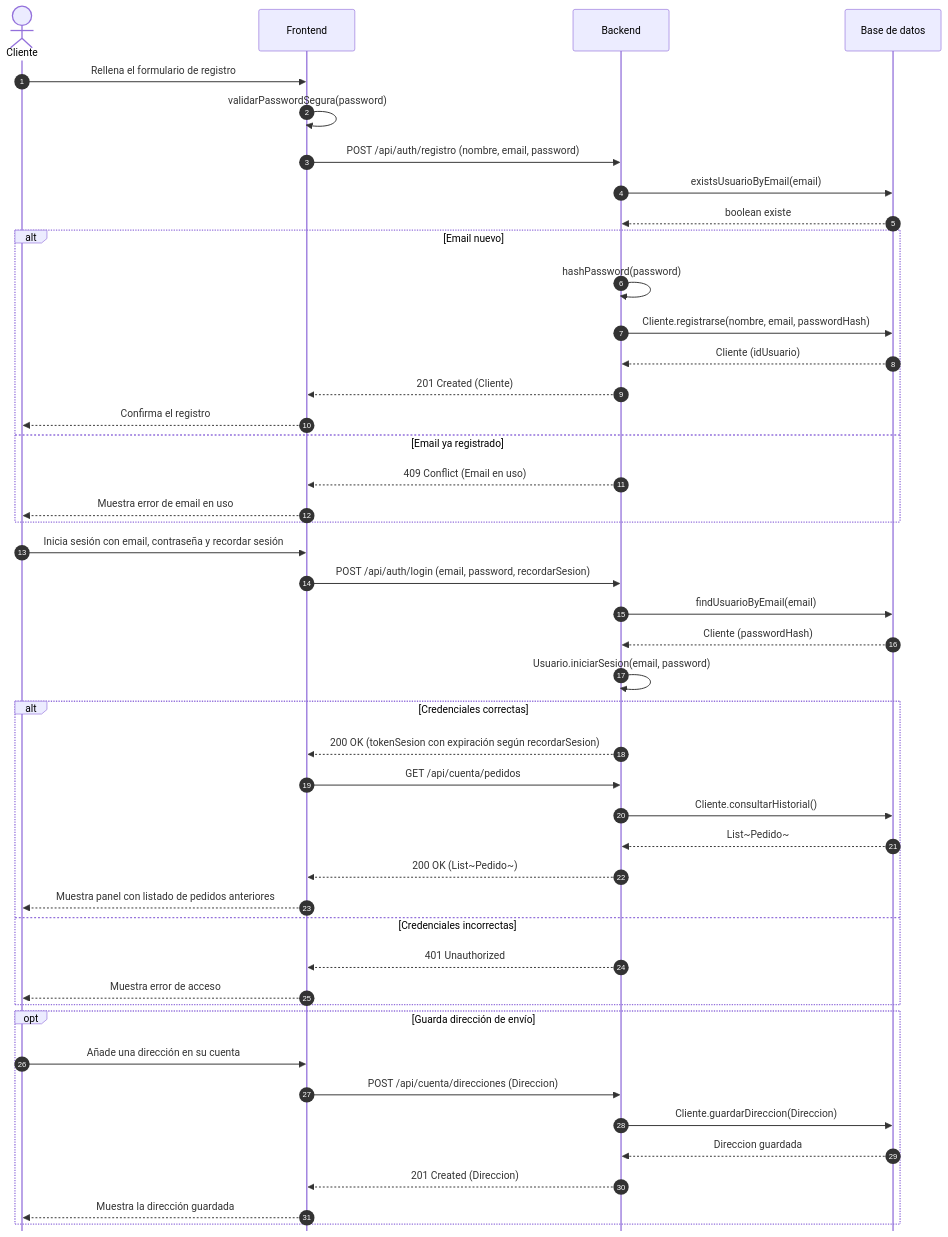
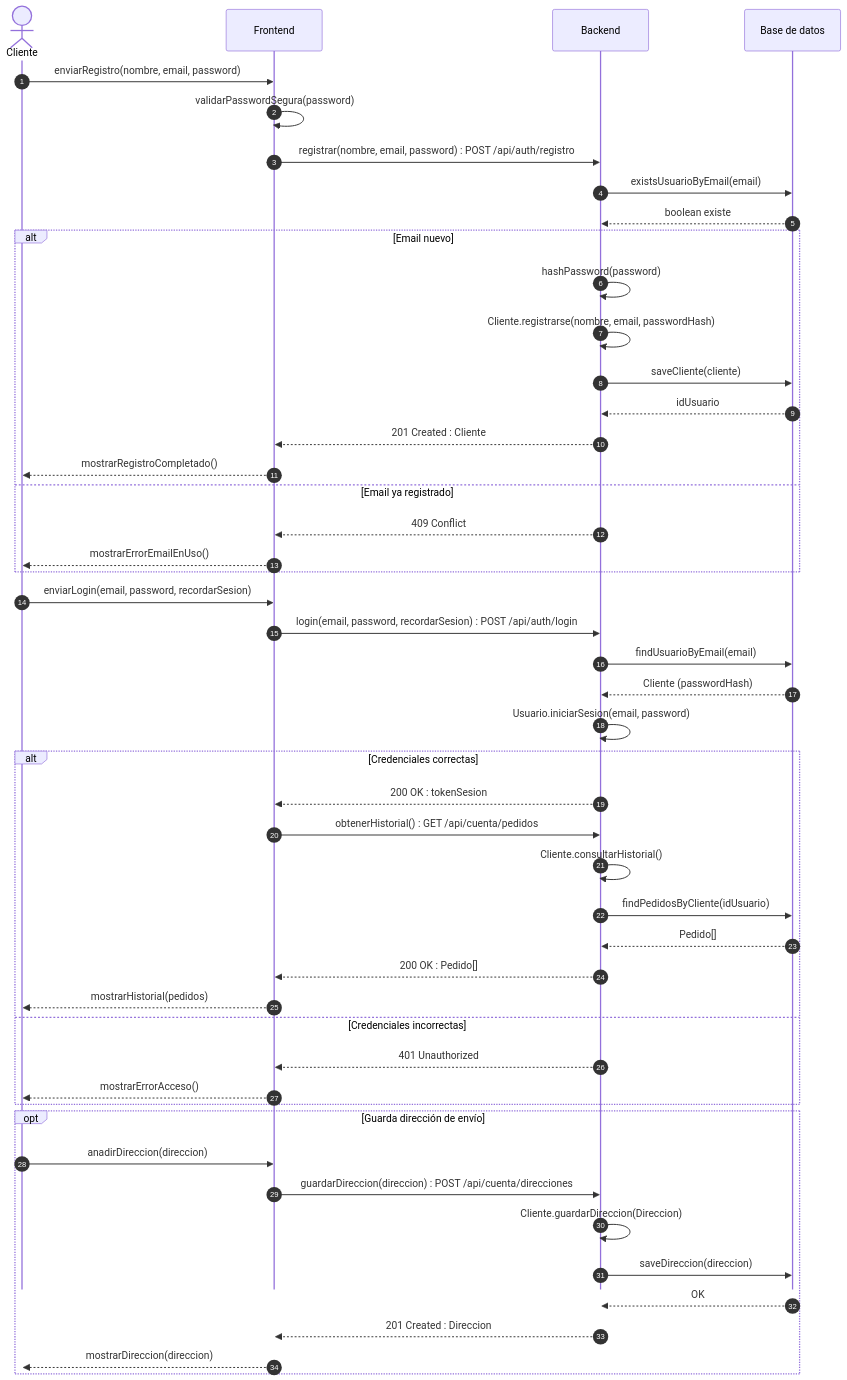
The diagram in Practica3_G11_LaTeX/codigo/sec_us08.mmd (ajgarciarias10/PR3GPS), drawn with Mermaid before and after one commit. The commit also changed 22 other files, not shown here.

First line of the commit message:
fix(bloque3): diagramas de secuencia con nombres de métodos en lugar de frases

```diff
--- a/Practica3_G11_LaTeX/codigo/sec_us08.mmd
+++ b/Practica3_G11_LaTeX/codigo/sec_us08.mmd
@@ -1,46 +1,49 @@
 %%{init: {'sequence': {'mirrorActors': false}}}%%
 sequenceDiagram
     autonumber
     actor U as Cliente
     participant FE as Frontend
     participant BE as Backend
     participant DB as Base de datos
-    U->>FE: Rellena el formulario de registro
+    U->>FE: enviarRegistro(nombre, email, password)
     FE->>FE: validarPasswordSegura(password)
-    FE->>BE: POST /api/auth/registro (nombre, email, password)
+    FE->>BE: registrar(nombre, email, password) : POST /api/auth/registro
     BE->>DB: existsUsuarioByEmail(email)
     DB-->>BE: boolean existe
     alt Email nuevo
         BE->>BE: hashPassword(password)
-        BE->>DB: Cliente.registrarse(nombre, email, passwordHash)
-        DB-->>BE: Cliente (idUsuario)
-        BE-->>FE: 201 Created (Cliente)
-        FE-->>U: Confirma el registro
+        BE->>BE: Cliente.registrarse(nombre, email, passwordHash)
+        BE->>DB: saveCliente(cliente)
+        DB-->>BE: idUsuario
+        BE-->>FE: 201 Created : Cliente
+        FE-->>U: mostrarRegistroCompletado()
     else Email ya registrado
-        BE-->>FE: 409 Conflict (Email en uso)
-        FE-->>U: Muestra error de email en uso
+        BE-->>FE: 409 Conflict
+        FE-->>U: mostrarErrorEmailEnUso()
     end
-    U->>FE: Inicia sesión con email, contraseña y recordar sesión
-    FE->>BE: POST /api/auth/login (email, password, recordarSesion)
+    U->>FE: enviarLogin(email, password, recordarSesion)
+    FE->>BE: login(email, password, recordarSesion) : POST /api/auth/login
     BE->>DB: findUsuarioByEmail(email)
     DB-->>BE: Cliente (passwordHash)
     BE->>BE: Usuario.iniciarSesion(email, password)
     alt Credenciales correctas
-        BE-->>FE: 200 OK (tokenSesion con expiración según recordarSesion)
-        FE->>BE: GET /api/cuenta/pedidos
-        BE->>DB: Cliente.consultarHistorial()
-        DB-->>BE: List~Pedido~
-        BE-->>FE: 200 OK (List~Pedido~)
-        FE-->>U: Muestra panel con listado de pedidos anteriores
+        BE-->>FE: 200 OK : tokenSesion
+        FE->>BE: obtenerHistorial() : GET /api/cuenta/pedidos
+        BE->>BE: Cliente.consultarHistorial()
+        BE->>DB: findPedidosByCliente(idUsuario)
+        DB-->>BE: Pedido[]
+        BE-->>FE: 200 OK : Pedido[]
+        FE-->>U: mostrarHistorial(pedidos)
     else Credenciales incorrectas
         BE-->>FE: 401 Unauthorized
-        FE-->>U: Muestra error de acceso
+        FE-->>U: mostrarErrorAcceso()
     end
     opt Guarda dirección de envío
-        U->>FE: Añade una dirección en su cuenta
-        FE->>BE: POST /api/cuenta/direcciones (Direccion)
-        BE->>DB: Cliente.guardarDireccion(Direccion)
-        DB-->>BE: Direccion guardada
-        BE-->>FE: 201 Created (Direccion)
-        FE-->>U: Muestra la dirección guardada
+        U->>FE: anadirDireccion(direccion)
+        FE->>BE: guardarDireccion(direccion) : POST /api/cuenta/direcciones
+        BE->>BE: Cliente.guardarDireccion(Direccion)
+        BE->>DB: saveDireccion(direccion)
+        DB-->>BE: OK
+        BE-->>FE: 201 Created : Direccion
+        FE-->>U: mostrarDireccion(direccion)
     end
```
